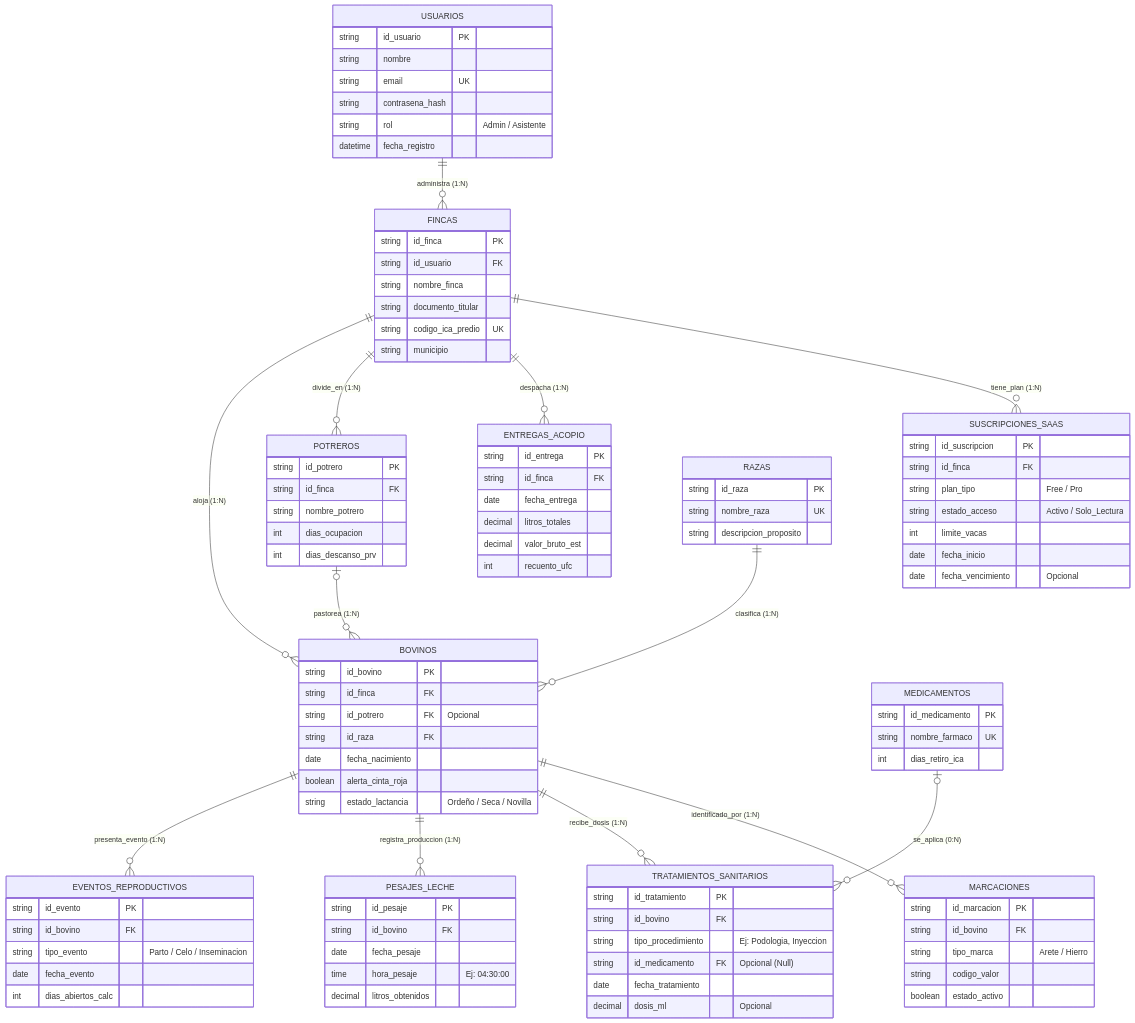
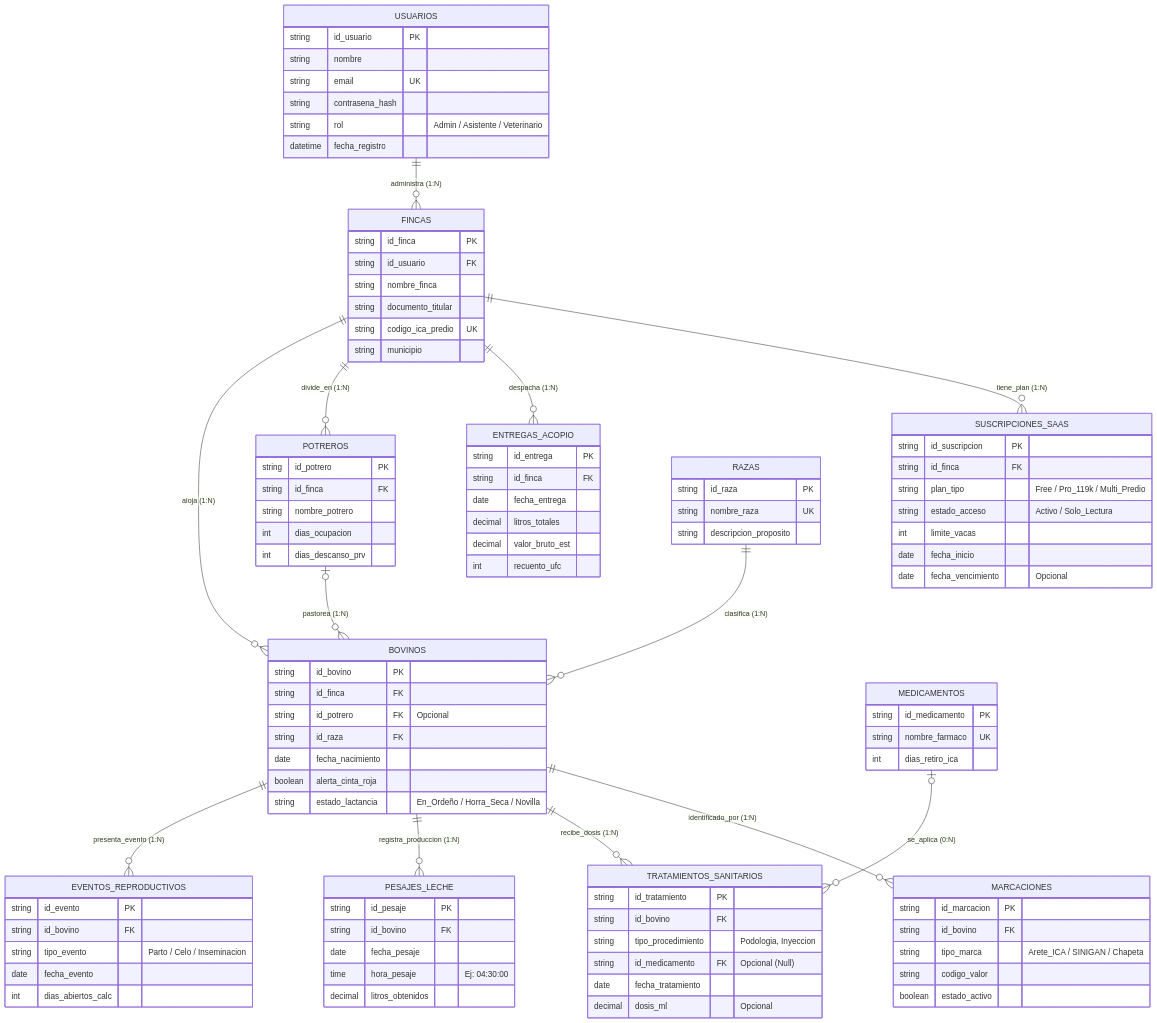
Before and after one commit to jeiserlabs/proganado: the diagram in README.md, drawn with Mermaid. The commit also changed other lines of this file and 3 other files, not shown here.

Commit message:
docs(enterprise): Agregar Whitepaper Oficial S.A.S., Roadmap de Escalabilidad Masiva (1 a 10M+) y Guía de Blindaje de Seguridad

```diff
--- a/README.md
+++ b/README.md
@@ -207,7 +122,7 @@
         string nombre
         string email UK
         string contrasena_hash
-        string rol "Admin / Asistente"
+        string rol "Admin / Asistente / Veterinario"
         datetime fecha_registro
     }
 
@@ -223,7 +138,7 @@
     SUSCRIPCIONES_SAAS {
         string id_suscripcion PK
         string id_finca FK
-        string plan_tipo "Free / Pro"
+        string plan_tipo "Free / Pro_119k / Multi_Predio"
         string estado_acceso "Activo / Solo_Lectura"
         int limite_vacas
         date fecha_inicio
@@ -260,13 +175,13 @@
         string id_raza FK
         date fecha_nacimiento
         boolean alerta_cinta_roja
-        string estado_lactancia "Ordeño / Seca / Novilla"
+        string estado_lactancia "En_Ordeño / Horra_Seca / Novilla"
     }
 
     MARCACIONES {
         string id_marcacion PK
         string id_bovino FK
-        string tipo_marca "Arete / Hierro"
+        string tipo_marca "Arete_ICA / SINIGAN / Chapeta"
         string codigo_valor
         boolean estado_activo
     }
@@ -280,7 +195,7 @@
     TRATAMIENTOS_SANITARIOS {
         string id_tratamiento PK
         string id_bovino FK
-        string tipo_procedimiento "Ej: Podologia, Inyeccion"
+        string tipo_procedimiento "Podologia, Inyeccion"
         string id_medicamento FK "Opcional (Null)"
         date fecha_tratamiento
         decimal dosis_ml "Opcional"
```
